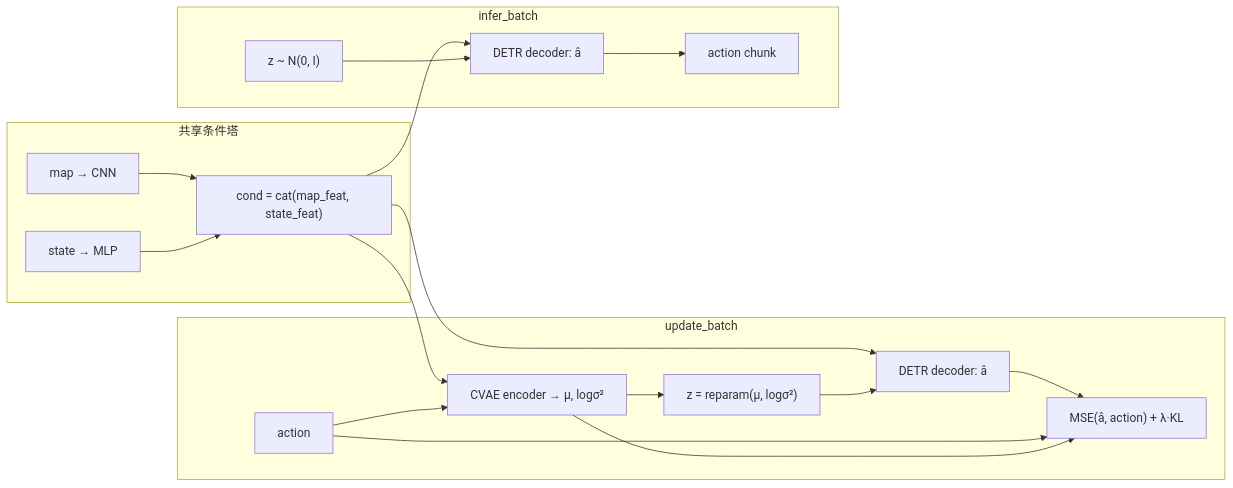
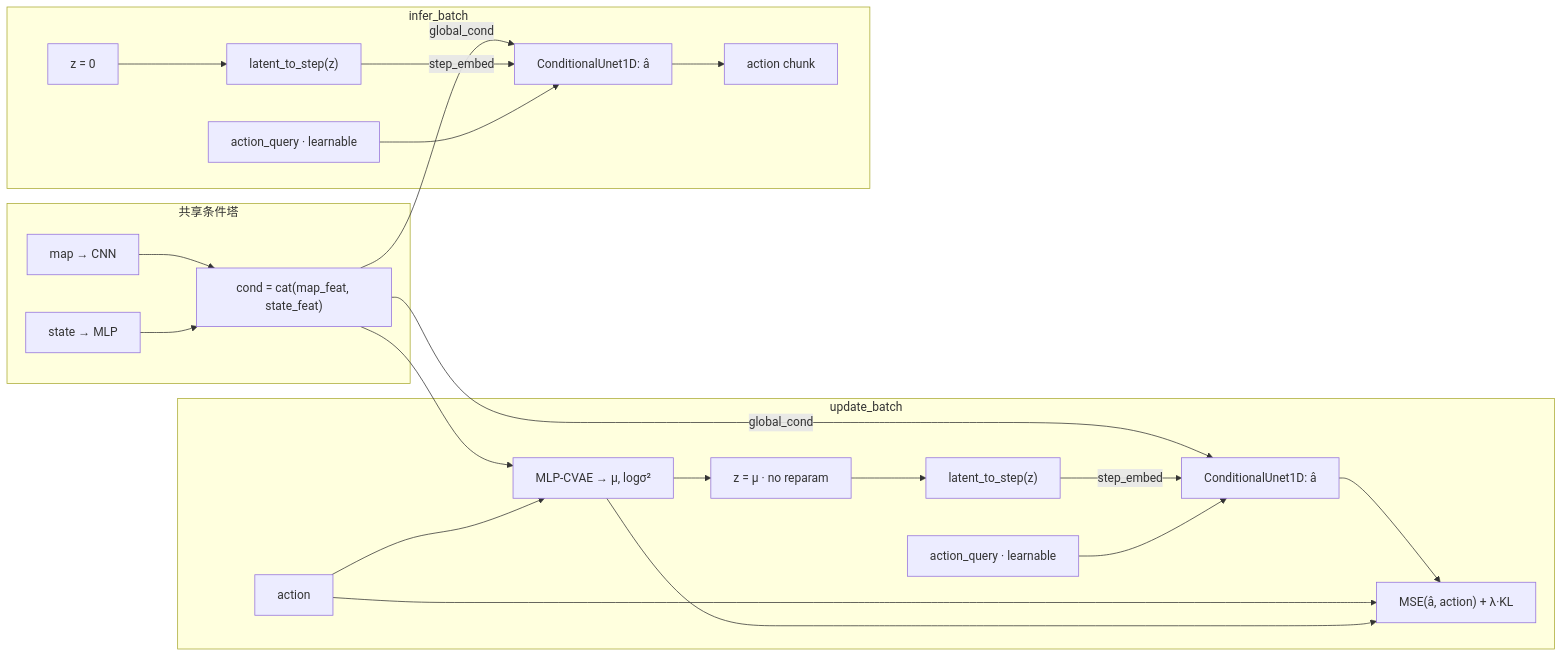
The second of 2 diagrams in bench_policy/utils/policy/act/ARCHITECTURE.md (IBNBlank/maze_playground), drawn with Mermaid before and after one commit. The commit also changed other lines of this file and 13 other files, not shown here.

````diff
--- a/bench_policy/utils/policy/act/ARCHITECTURE.md
+++ b/bench_policy/utils/policy/act/ARCHITECTURE.md
@@ -47,35 +44,43 @@
 ```mermaid
 flowchart LR
   subgraph enc["共享条件塔"]
     Map["map → CNN"]
     State["state → MLP"]
     Cond["cond = cat(map_feat, state_feat)"]
     Map --> Cond
     State --> Cond
   end
 
   subgraph train["update_batch"]
     A["action"]
-    Post["CVAE encoder → μ, logσ²"]
-    Z["z = reparam(μ, logσ²)"]
-    Pred["DETR decoder: â"]
-    L["MSE(â, action) + λ·KL"]
+    Post["MLP-CVAE → μ, logσ²"]
+    Z["z = μ · no reparam"]
+    Step["latent_to_step(z)"]
+    Q["action_query · learnable"]
+    Pred["ConditionalUnet1D: â"]
+    L["MSE(â, action) + λ·KL"]
     Cond --> Post
     A --> Post
     Post --> Z
-    Cond --> Pred
-    Z --> Pred
+    Z --> Step
+    Cond -->|"global_cond"| Pred
+    Step -->|"step_embed"| Pred
+    Q --> Pred
     Pred --> L
     A --> L
     Post --> L
   end
 
   subgraph infer["infer_batch"]
-    Prior["z ~ N(0, I)"]
-    Dec["DETR decoder: â"]
+    Z0["z = 0"]
+    Step2["latent_to_step(z)"]
+    Q2["action_query · learnable"]
+    Dec["ConditionalUnet1D: â"]
     Out["action chunk"]
-    Cond --> Dec
-    Prior --> Dec
+    Cond -->|"global_cond"| Dec
+    Z0 --> Step2
+    Step2 -->|"step_embed"| Dec
+    Q2 --> Dec
     Dec --> Out
   end
 ```
````
